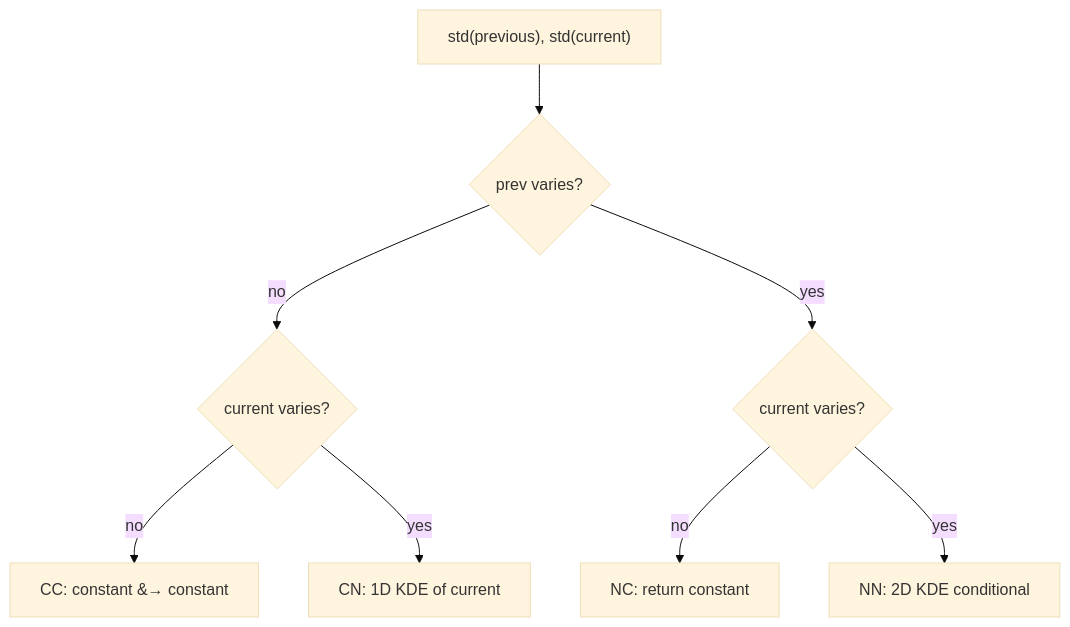
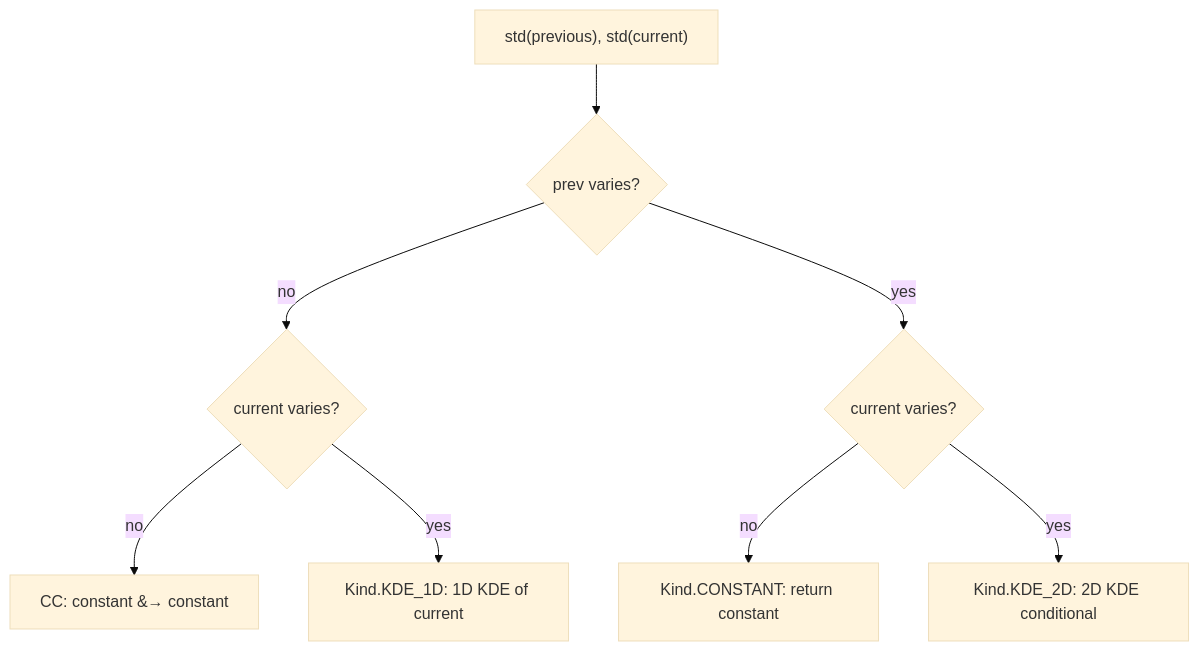
Before and after one commit to npapnet/meteosynth: the third of 6 diagrams in docs/source/theory.md, drawn with Mermaid (base theme). The commit also changed other lines of this file and 36 other files, not shown here.

````diff
--- a/docs/source/theory.md
+++ b/docs/source/theory.md
@@ -94,10 +94,10 @@
 ```{mermaid}
 flowchart TD
     S["std(previous), std(current)"] --> Q1{"prev varies?"}
     Q1 -->|no| Q2{"current varies?"}
     Q1 -->|yes| Q3{"current varies?"}
     Q2 -->|no| CC["CC: constant &#8594; constant"]
-    Q2 -->|yes| CN["CN: 1D KDE of current"]
-    Q3 -->|no| NC["NC: return constant"]
-    Q3 -->|yes| NN["NN: 2D KDE conditional"]
+    Q2 -->|yes| CN["Kind.KDE_1D: 1D KDE of current"]
+    Q3 -->|no| NC["Kind.CONSTANT: return constant"]
+    Q3 -->|yes| NN["Kind.KDE_2D: 2D KDE conditional"]
 ```
````
